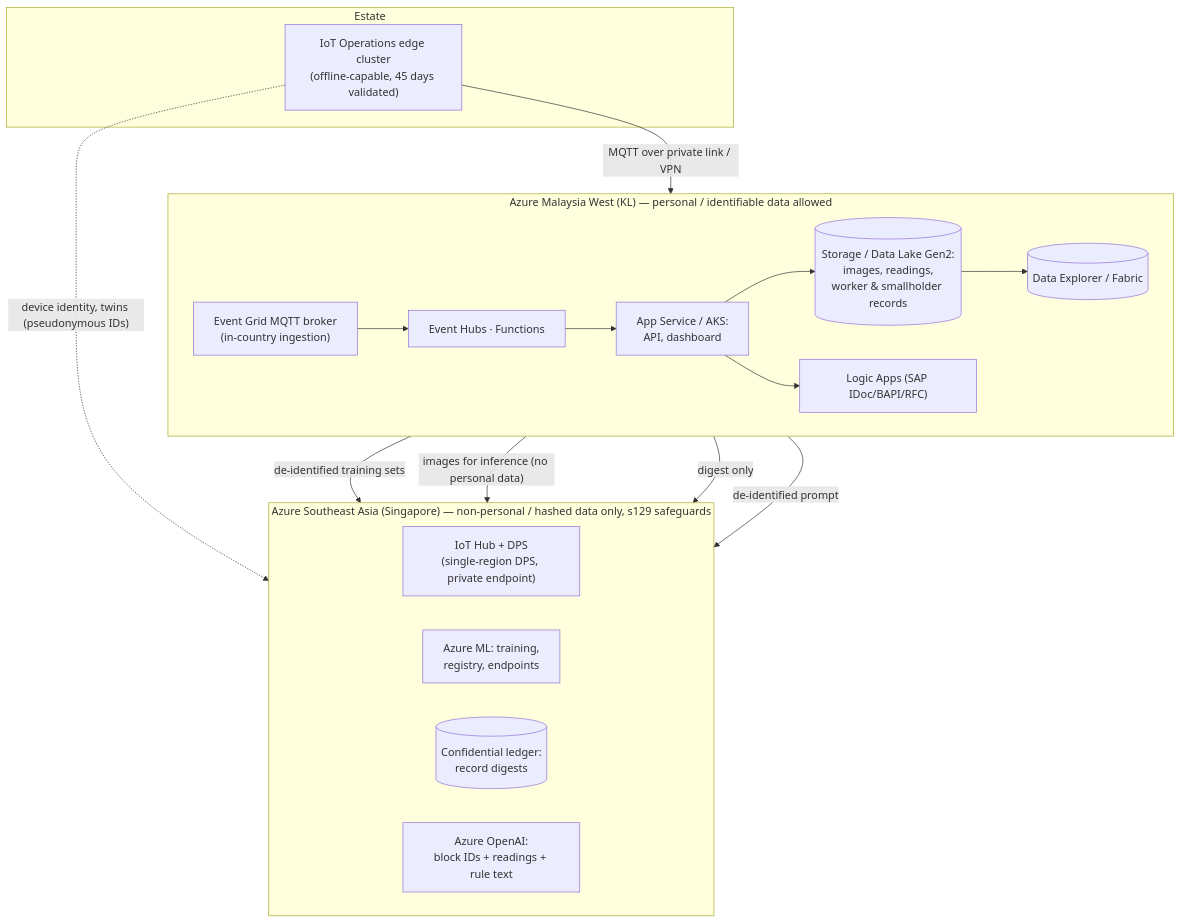
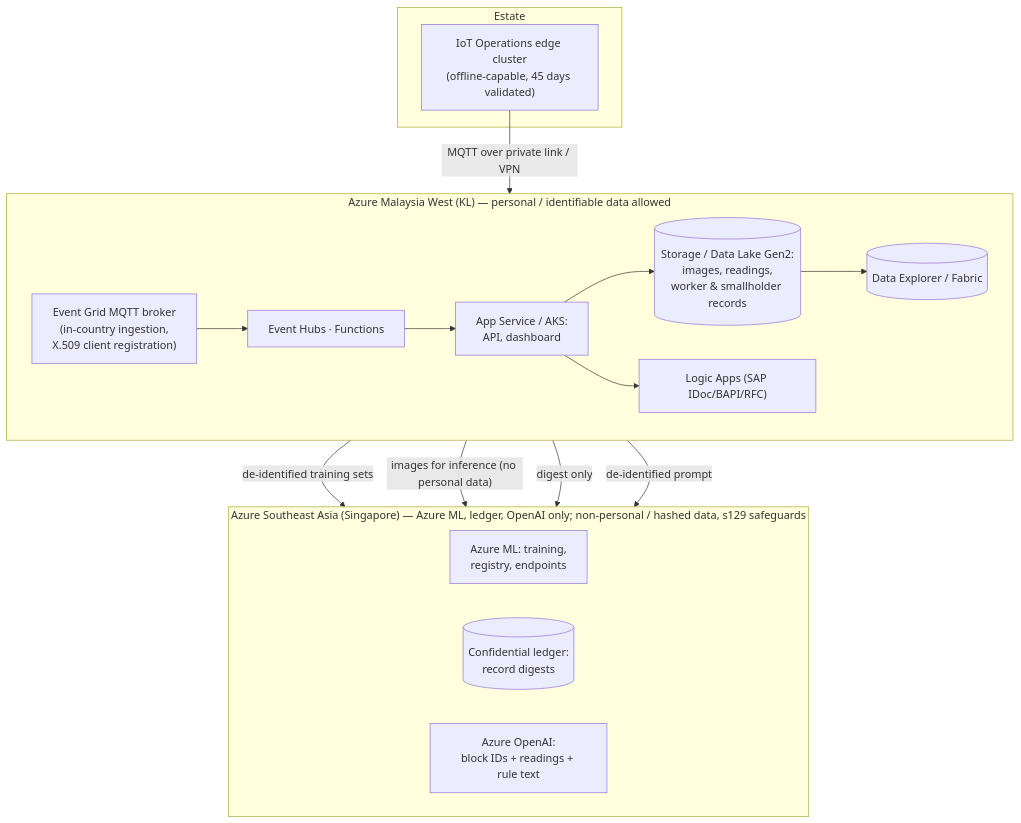
The fourth of 4 diagrams in 03_software/02_architecture.md (finn1282/CCA), drawn with Mermaid before and after one commit. The commit also changed other lines of this file and 1 other file, not shown here.

Commit message:
03_software: D57 — ingestion via Event Grid MQTT broker with certificate-based client registration in Malaysia West, no IoT Hub/DPS; SEA hosts only Azure ML, ledger, OpenAI

````diff
--- a/03_software/02_architecture.md
+++ b/03_software/02_architecture.md
@@ -144,30 +142,28 @@
 ```mermaid
 flowchart TB
   subgraph EST["Estate"]
     EDGE["IoT Operations edge cluster<br/>(offline-capable, 45 days validated)"]
   end
   subgraph MY["Azure Malaysia West (KL) — personal / identifiable data allowed"]
     direction LR
-    EG["Event Grid MQTT broker<br/>(in-country ingestion)"]
+    EG["Event Grid MQTT broker<br/>(in-country ingestion,<br/>X.509 client registration)"]
     EH["Event Hubs · Functions"]
     APP["App Service / AKS:<br/>API, dashboard"]
     ADLS[("Storage / Data Lake Gen2:<br/>images, readings,<br/>worker & smallholder records")]
     ADX[("Data Explorer / Fabric")]
     LA["Logic Apps (SAP IDoc/BAPI/RFC)"]
   end
-  subgraph SG["Azure Southeast Asia (Singapore) — non-personal / hashed data only, s129 safeguards"]
+  subgraph SG["Azure Southeast Asia (Singapore) — Azure ML, ledger, OpenAI only; non-personal / hashed data, s129 safeguards"]
     direction LR
-    HUB["IoT Hub + DPS<br/>(single-region DPS, private endpoint)"]
     AML["Azure ML: training,<br/>registry, endpoints"]
     ACLs[("Confidential ledger:<br/>record digests")]
     AOAIs["Azure OpenAI:<br/>block IDs + readings + rule text"]
   end
   EDGE -- "MQTT over private link / VPN" --> EG --> EH --> APP
   APP --> ADLS --> ADX
   APP --> LA
-  EDGE -. "device identity, twins (pseudonymous IDs)" .-> HUB
   ADLS -- "de-identified training sets" --> AML
   APP -- "images for inference (no personal data)" --> AML
   APP -- "digest only" --> ACLs
   APP -- "de-identified prompt" --> AOAIs
 ```
````
